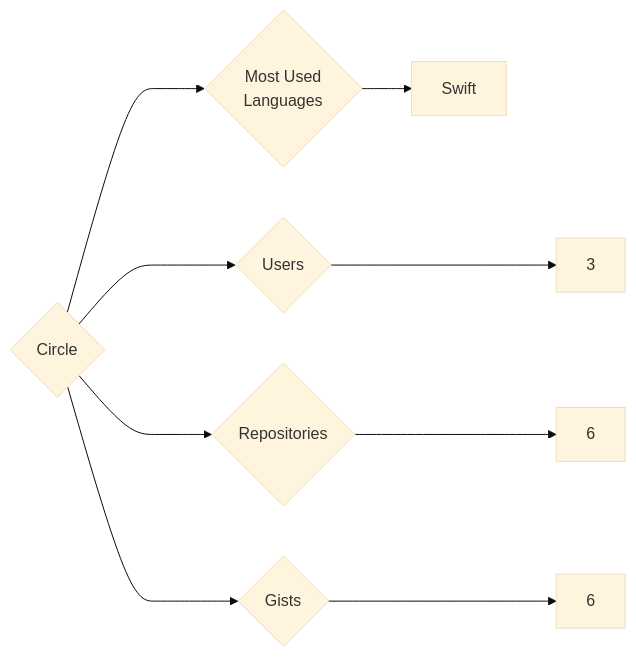
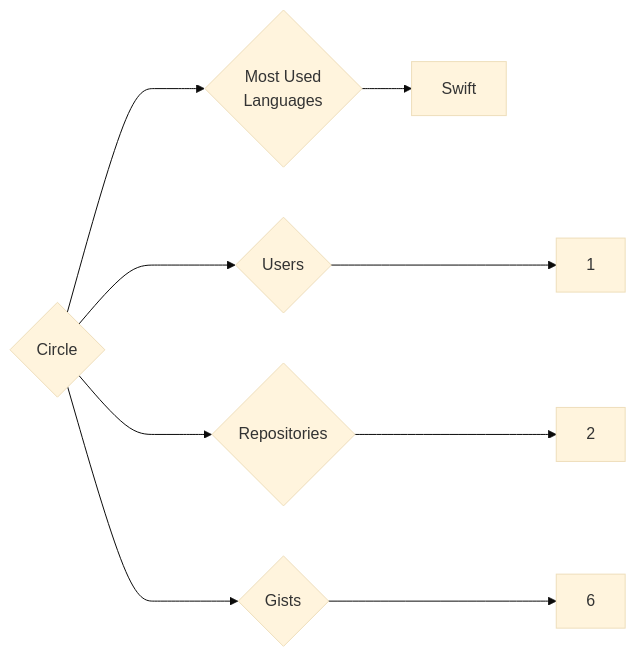
Before and after one commit to trickest/insiders: the diagram in targets/Circle/README.md, drawn with Mermaid (base theme). The commit also changed 1023 other files, not shown here.

````diff
--- a/targets/Circle/README.md
+++ b/targets/Circle/README.md
@@ -3,9 +3,9 @@
 ```mermaid
 graph LR
 COMPANY_NAME{Circle}
-COMPANY_NAME ---> U{Users} ---> UN[3]
-COMPANY_NAME ---> R{Repositories} ---> RN[6]
+COMPANY_NAME ---> U{Users} ---> UN[1]
+COMPANY_NAME ---> R{Repositories} ---> RN[2]
 COMPANY_NAME ---> G{Gists} ---> GN[6]
 COMPANY_NAME ---> ML{Most Used<br>Languages}
 ML --> Swift[Swift]
 ```
````
